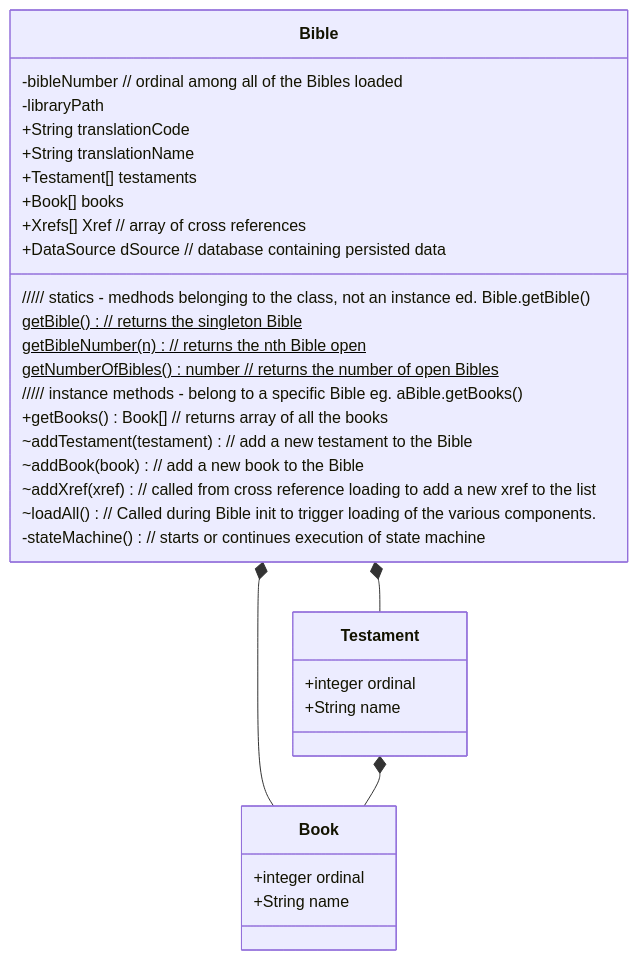
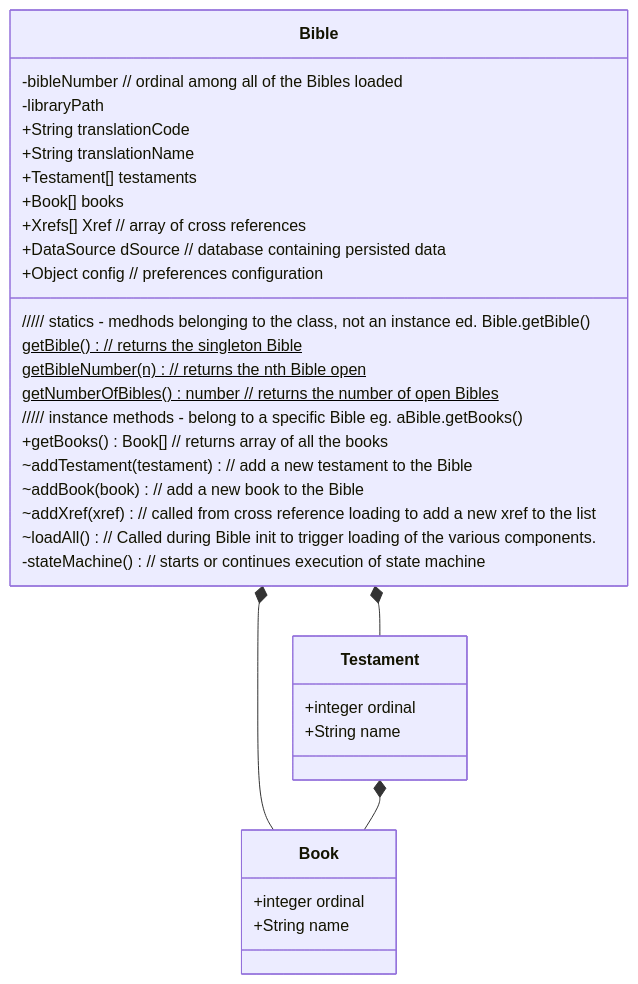
Before and after one commit to MichaelKentBurns/BibleModel: the diagram in ObjectModel/Bible.md, drawn with Mermaid. The commit also changed 14 other files, not shown here.

````diff
--- a/ObjectModel/Bible.md
+++ b/ObjectModel/Bible.md
@@ -15,35 +15,36 @@
  ```mermaid
  classDiagram
     class Bible {
           -bibleNumber              // ordinal among all of the Bibles loaded
           -libraryPath
            +String  translationCode
            +String  translationName
            +Testament[] testaments
            +Book[] books
            +Xrefs[] Xref              // array of cross references
            +DataSource dSource          // database containing persisted data
+           +Object  config            // preferences configuration
      ///// statics - medhods belonging to the class, not an instance  ed.  Bible.getBible()
       getBible()$    // returns the singleton Bible
       getBibleNumber(n)$  // returns the nth Bible open
       getNumberOfBibles()$ number     // returns the number of open Bibles
      ///// instance methods - belong to a specific Bible   eg.  aBible.getBooks()
      +getBooks()   Book[]   // returns array of all the books
      ~addTestament(testament)  // add a new testament to the Bible
      ~addBook(book)  // add a new book to the Bible
      ~addXref(xref)  // called from cross reference loading to add a new xref to the list
      ~loadAll()    // Called during Bible init to trigger loading of the various components.
       -stateMachine()       // starts or continues execution of state machine
  }
  class Book {
   +integer ordinal
   +String  name
  }
  Bible *-- Book
  class Testament {
    +integer ordinal
    +String  name
  }
  Bible *-- Testament
  Testament *-- Book
  ```
````
